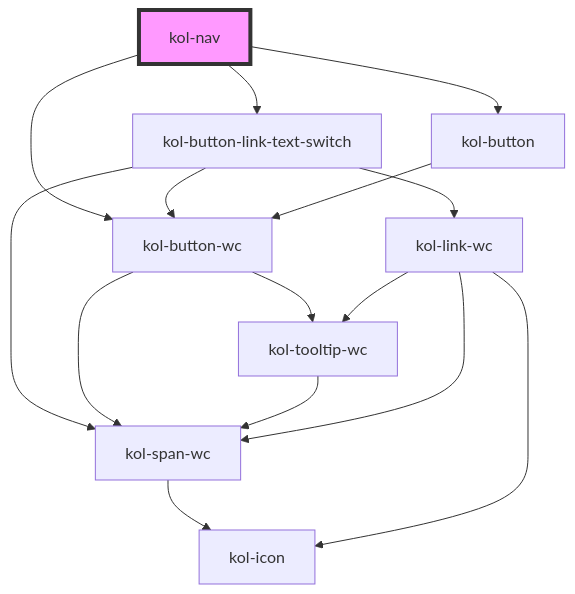
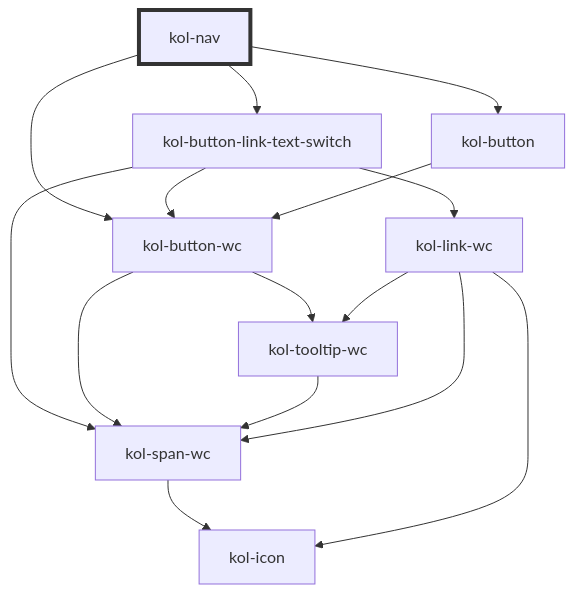
Before and after one commit to public-ui/kolibri: the diagram in packages/components/src/components/nav/readme.md, drawn with Mermaid. The commit also changed 40 other files, not shown here.

````diff
--- a/packages/components/src/components/nav/readme.md
+++ b/packages/components/src/components/nav/readme.md
@@ -120,18 +120,18 @@
 ```mermaid
 graph TD;
   kol-nav --> kol-button-link-text-switch
   kol-nav --> kol-button-wc
   kol-nav --> kol-button
   kol-button-link-text-switch --> kol-button-wc
   kol-button-link-text-switch --> kol-link-wc
   kol-button-link-text-switch --> kol-span-wc
   kol-button-wc --> kol-span-wc
   kol-button-wc --> kol-tooltip-wc
   kol-span-wc --> kol-icon
   kol-tooltip-wc --> kol-span-wc
   kol-link-wc --> kol-span-wc
   kol-link-wc --> kol-icon
   kol-link-wc --> kol-tooltip-wc
   kol-button --> kol-button-wc
-  style kol-nav fill:#f9f,stroke:#333,stroke-width:4px
+  style kol-nav stroke:#333,stroke-width:4px
 ```
````
